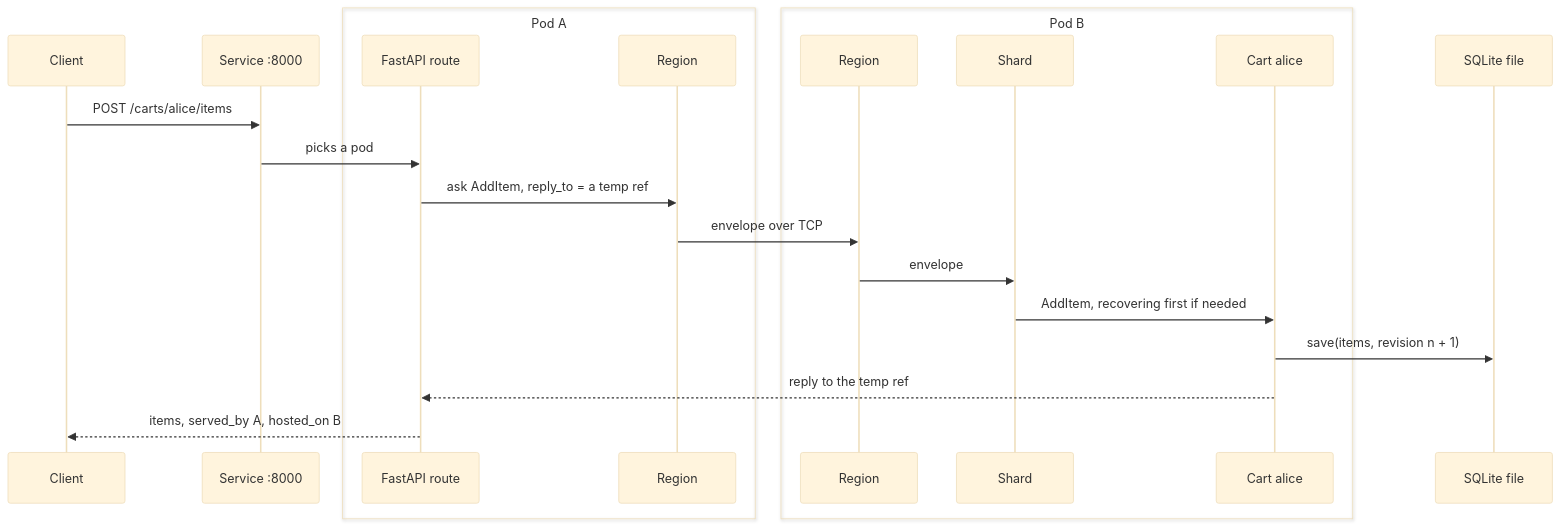
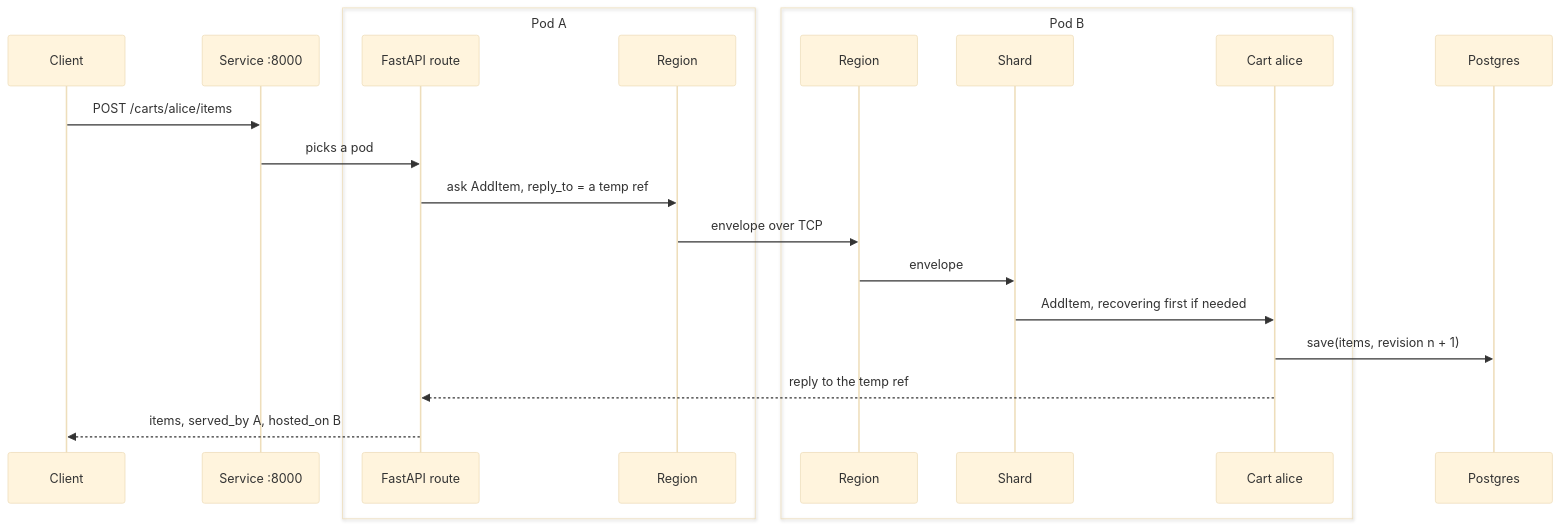
One commit to hanishi/ohra changed the diagram in docs/book/10-putting-it-together.md. Above: the diagram before and after it, drawn with Mermaid (base theme). The commit also changed other lines of this file and 9 other files, not shown here.

````diff
--- a/docs/book/10-putting-it-together.md
+++ b/docs/book/10-putting-it-together.md
@@ -5,24 +5,24 @@
 ```mermaid
 sequenceDiagram
   participant Client
   participant Svc as Service :8000
   box Pod A
   participant Route as FastAPI route
   participant RA as Region
   end
   box Pod B
   participant RB as Region
   participant Shard
   participant Cart as Cart alice
   end
-  participant DB as SQLite file
+  participant DB as Postgres
   Client->>Svc: POST /carts/alice/items
   Svc->>Route: picks a pod
   Route->>RA: ask AddItem, reply_to = a temp ref
   RA->>RB: envelope over TCP
   RB->>Shard: envelope
   Shard->>Cart: AddItem, recovering first if needed
   Cart->>DB: save(items, revision n + 1)
   Cart-->>Route: reply to the temp ref
   Route-->>Client: items, served_by A, hosted_on B
 ```
````
